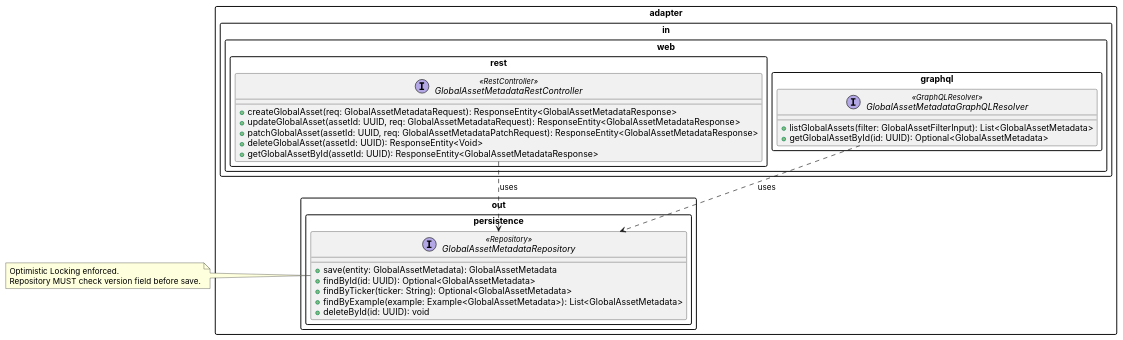
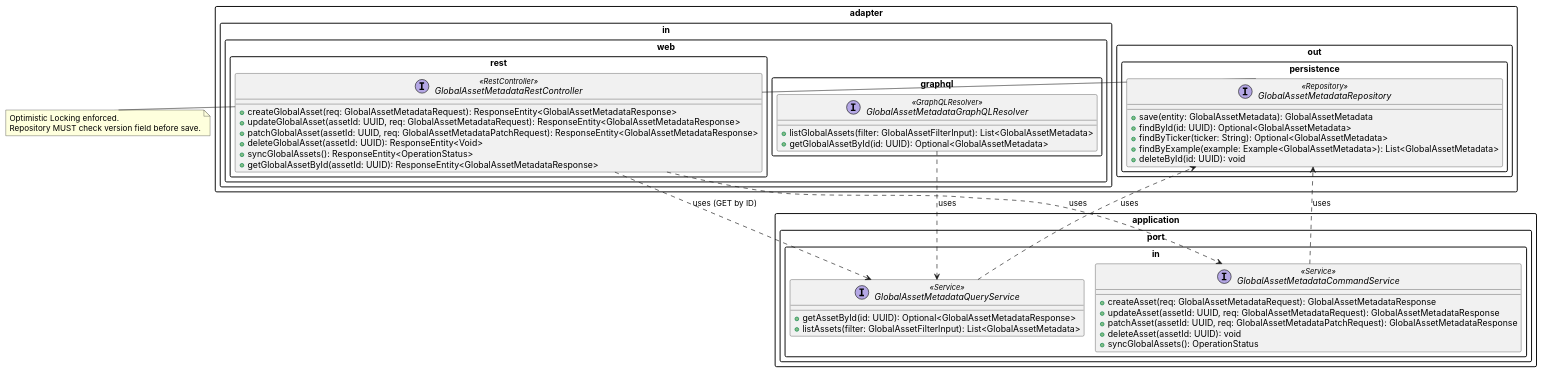
Before and after one commit to linuschien/etf-alpha-harvester: the diagram in docs/02-design-specs/uml/global_asset_metadata_contract.puml, drawn with PlantUML. The commit also changed 8 other files, not shown here.

```diff
--- a/docs/02-design-specs/uml/global_asset_metadata_contract.puml
+++ b/docs/02-design-specs/uml/global_asset_metadata_contract.puml
@@ -1,46 +1,66 @@
 @startuml global_asset_metadata_contract
 
 !pragma layout smetana
 skinparam packageStyle rectangle
 skinparam defaultFontName Inter
 
 package "adapter.in.web.rest" {
   interface "GlobalAssetMetadataRestController" <<RestController>> {
     ' --- Mutations ---
     + createGlobalAsset(req: GlobalAssetMetadataRequest): ResponseEntity<GlobalAssetMetadataResponse>
     + updateGlobalAsset(assetId: UUID, req: GlobalAssetMetadataRequest): ResponseEntity<GlobalAssetMetadataResponse>
     + patchGlobalAsset(assetId: UUID, req: GlobalAssetMetadataPatchRequest): ResponseEntity<GlobalAssetMetadataResponse>
     + deleteGlobalAsset(assetId: UUID): ResponseEntity<Void>
+    ' --- Custom Actions (Batch Job Triggers) ---
+    + syncGlobalAssets(): ResponseEntity<OperationStatus>
     ' --- Single-resource Query ---
     + getGlobalAssetById(assetId: UUID): ResponseEntity<GlobalAssetMetadataResponse>
   }
 }
 
 package "adapter.in.web.graphql" {
   interface "GlobalAssetMetadataGraphQLResolver" <<GraphQLResolver>> {
     ' --- Collection / Filtered Queries ---
     + listGlobalAssets(filter: GlobalAssetFilterInput): List<GlobalAssetMetadata>
     + getGlobalAssetById(id: UUID): Optional<GlobalAssetMetadata>
+  }
+}
+
+package "application.port.in" {
+  interface "GlobalAssetMetadataCommandService" <<Service>> {
+    + createAsset(req: GlobalAssetMetadataRequest): GlobalAssetMetadataResponse
+    + updateAsset(assetId: UUID, req: GlobalAssetMetadataRequest): GlobalAssetMetadataResponse
+    + patchAsset(assetId: UUID, req: GlobalAssetMetadataPatchRequest): GlobalAssetMetadataResponse
+    + deleteAsset(assetId: UUID): void
+    + syncGlobalAssets(): OperationStatus
+  }
+
+  interface "GlobalAssetMetadataQueryService" <<Service>> {
+    + getAssetById(id: UUID): Optional<GlobalAssetMetadataResponse>
+    + listAssets(filter: GlobalAssetFilterInput): List<GlobalAssetMetadata>
   }
 }
 
 package "adapter.out.persistence" {
   interface "GlobalAssetMetadataRepository" <<Repository>> {
     + save(entity: GlobalAssetMetadata): GlobalAssetMetadata
     + findById(id: UUID): Optional<GlobalAssetMetadata>
     + findByTicker(ticker: String): Optional<GlobalAssetMetadata>
     + findByExample(example: Example<GlobalAssetMetadata>): List<GlobalAssetMetadata>
     + deleteById(id: UUID): void
   }
 }
 
 note right of GlobalAssetMetadataRepository
   Optimistic Locking enforced.
   Repository MUST check version field before save.
 end note
 
-' === Dependency Arrows ===
-"GlobalAssetMetadataRestController"  ..> "GlobalAssetMetadataRepository" : uses
-"GlobalAssetMetadataGraphQLResolver" ..> "GlobalAssetMetadataRepository" : uses
+' === Dependency Arrows (CQRS) ===
+"GlobalAssetMetadataRestController"  ..> "GlobalAssetMetadataCommandService" : uses
+"GlobalAssetMetadataRestController"  ..> "GlobalAssetMetadataQueryService"   : uses (GET by ID)
+"GlobalAssetMetadataGraphQLResolver" ..> "GlobalAssetMetadataQueryService"   : uses
+"GlobalAssetMetadataCommandService"  ..> "GlobalAssetMetadataRepository"     : uses
+"GlobalAssetMetadataQueryService"    ..> "GlobalAssetMetadataRepository"     : uses
 
 @enduml
```
